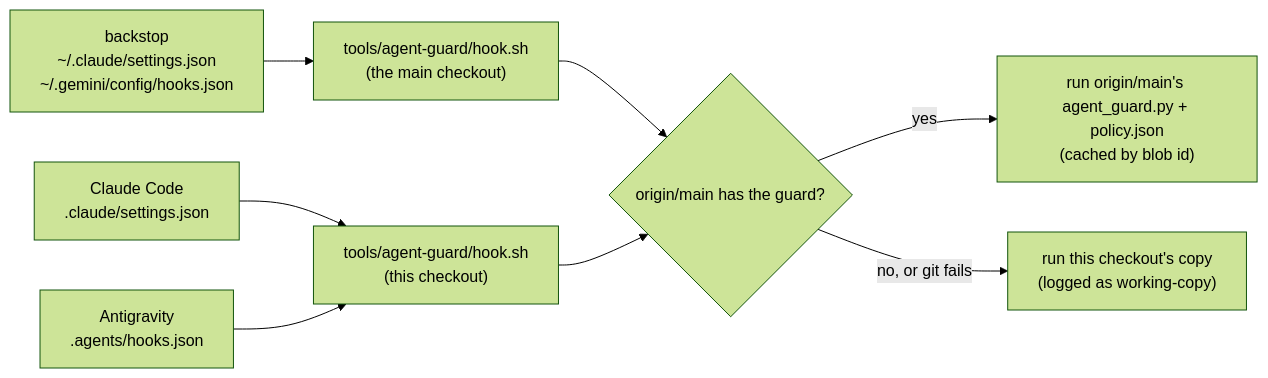
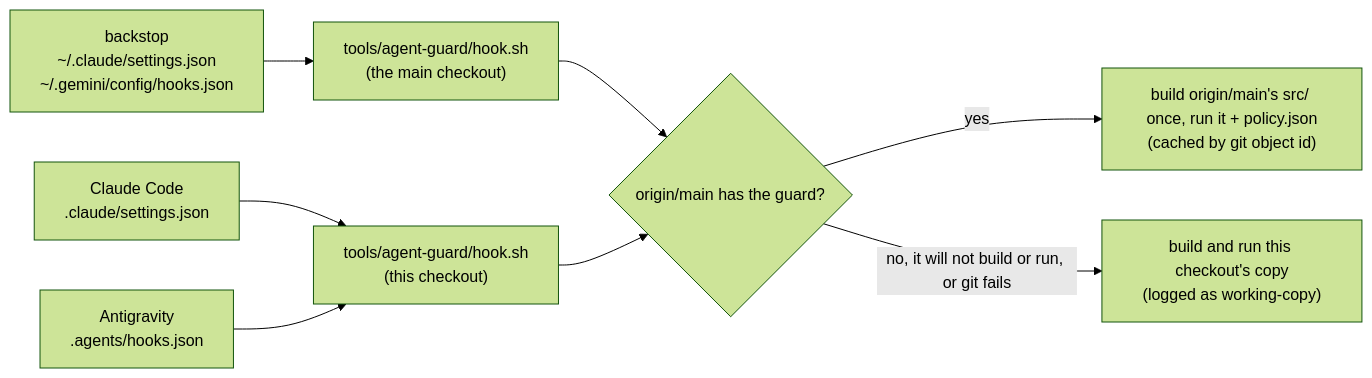
One commit to VitruvianSoftware/vitruvian-core changed the second of 3 diagrams in tools/agent-guard/README.md. Above: the diagram before and after it, drawn with Mermaid (forest theme). The commit also changed other lines of this file and 25 other files, not shown here.

First line of the commit message:
refactor(agent-guard): cut over to Rust and delete the Python implementation

````diff
--- a/tools/agent-guard/README.md
+++ b/tools/agent-guard/README.md
@@ -39,10 +39,10 @@
 ```mermaid
 flowchart LR
   CC["Claude Code<br/>.claude/settings.json"] --> H["tools/agent-guard/hook.sh<br/>(this checkout)"]
   AG["Antigravity<br/>.agents/hooks.json"] --> H
   U["backstop<br/>~/.claude/settings.json<br/>~/.gemini/config/hooks.json"] --> HM["tools/agent-guard/hook.sh<br/>(the main checkout)"]
   HM --> Q
   H --> Q{"origin/main has the guard?"}
-  Q -- yes --> M["run origin/main's agent_guard.py + policy.json<br/>(cached by blob id)"]
-  Q -- "no, or git fails" --> L["run this checkout's copy<br/>(logged as working-copy)"]
+  Q -- yes --> M["build origin/main's src/ once, run it + policy.json<br/>(cached by git object id)"]
+  Q -- "no, it will not build or run, or git fails" --> L["build and run this checkout's copy<br/>(logged as working-copy)"]
 ```
````
